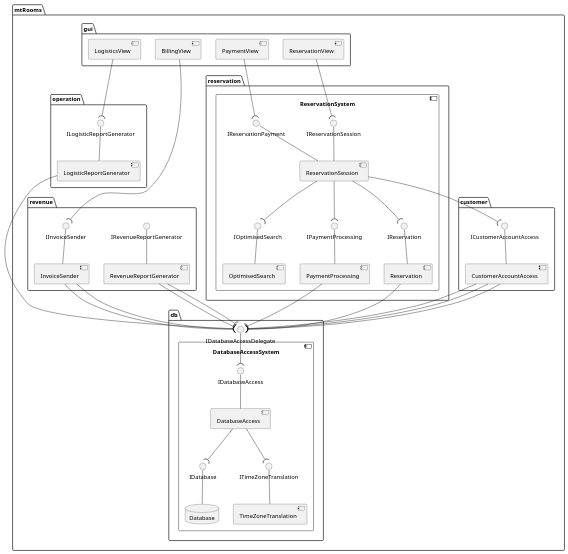
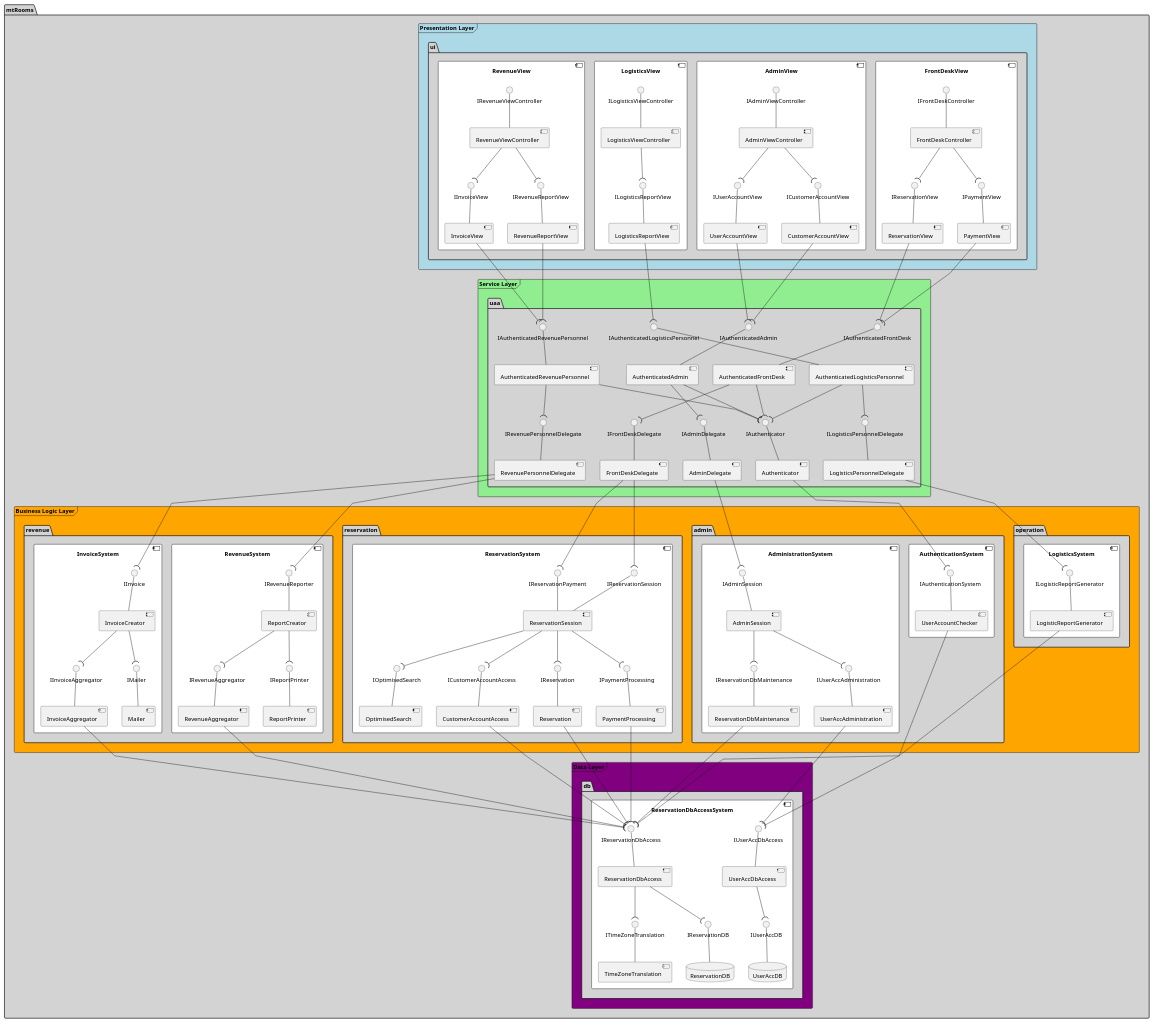
One commit to BBKbeam/mtRooms changed the diagram in docs/uml/architecture.puml. Above: the diagram before and after it, drawn with PlantUML.

Commit message:
[UML] Architecture diag. modified for reuse and de-coupling, granularity increased and layers (n-tiered) made more obvious

```diff
--- a/docs/uml/architecture.puml
+++ b/docs/uml/architecture.puml
@@ -1,107 +1,196 @@
 @startuml
 
 'skinparam linetype ortho
-'skinparam linetype polyline
+skinparam linetype polyline
+
+skinparam package {
+    backgroundColor lightgrey
+}
 
 package mtRooms {
-    package "gui" {
-        [BillingView]
-        [LogisticsView]
-        [ReservationView]
-        [PaymentView]
-    }
+    frame "Presentation Layer" #lightblue {
+        package "ui" {
+            component FrontDeskView #white {
+                IFrontDeskController -- [FrontDeskController]
+                IReservationView -- [ReservationView]
+                IPaymentView -- [PaymentView]
 
-    package "reservation" {
-        component ReservationSystem {
-            interface IReservationSession
-            interface IReservationPayment
-            [ReservationSession]
-            interface IOptimisedSearch
-            [OptimisedSearch]
-            interface IPaymentProcessing
-            [PaymentProcessing]
-            interface IReservation
-            [Reservation]
+                FrontDeskController --( IReservationView
+                FrontDeskController --( IPaymentView
+            }
 
-            IReservationSession -- ReservationSession
-            IReservationPayment -- ReservationSession
-            IOptimisedSearch -- OptimisedSearch
+            component AdminView #white {
+                IAdminViewController -- [AdminViewController]
+                IUserAccountView -- [UserAccountView]
+                ICustomerAccountView -- [CustomerAccountView]
 
-            ReservationSession --( IOptimisedSearch
+                AdminViewController --( IUserAccountView
+                AdminViewController --( ICustomerAccountView
+            }
 
-            IReservation -- Reservation
-            IPaymentProcessing -- PaymentProcessing
+            component LogisticsView #white {
+                ILogisticsViewController -- [LogisticsViewController]
+                ILogisticsReportView -- [LogisticsReportView]
+
+                LogisticsViewController --( ILogisticsReportView
+            }
+
+            component RevenueView #white {
+                IRevenueViewController -- [RevenueViewController]
+                IInvoiceView -- [InvoiceView]
+                IRevenueReportView -- [RevenueReportView]
+
+                RevenueViewController --( IInvoiceView
+                RevenueViewController --( IRevenueReportView
+            }
         }
     }
 
-    package "customer" {
-        interface ICustomerAccountAccess
-        [CustomerAccountAccess]
+    frame "Service Layer" #lightgreen {
+        package "uaa" {
+            IAuthenticator -- [Authenticator]
+            IFrontDeskDelegate -- [FrontDeskDelegate]
+            IAuthenticatedFrontDesk -- [AuthenticatedFrontDesk]
+            IAdminDelegate -- [AdminDelegate]
+            IAuthenticatedAdmin -- [AuthenticatedAdmin]
+            IRevenuePersonnelDelegate -- [RevenuePersonnelDelegate]
+            IAuthenticatedRevenuePersonnel -- [AuthenticatedRevenuePersonnel]
+            ILogisticsPersonnelDelegate -- [LogisticsPersonnelDelegate]
+            IAuthenticatedLogisticsPersonnel -- [AuthenticatedLogisticsPersonnel]
 
-        ICustomerAccountAccess -- CustomerAccountAccess
+            AuthenticatedFrontDesk --( IAuthenticator
+            AuthenticatedFrontDesk --( IFrontDeskDelegate
+            AuthenticatedAdmin --( IAuthenticator
+            AuthenticatedAdmin --( IAdminDelegate
+            AuthenticatedLogisticsPersonnel --( IAuthenticator
+            AuthenticatedLogisticsPersonnel --( ILogisticsPersonnelDelegate
+            AuthenticatedRevenuePersonnel --( IAuthenticator
+            AuthenticatedRevenuePersonnel --( IRevenuePersonnelDelegate
+        }
     }
 
-    package "revenue" {
-        [RevenueReportGenerator]
-        interface IRevenueReportGenerator
-        [InvoiceSender]
-        interface IInvoiceSender
+    frame "Business Logic Layer" #orange {
+        package "reservation" {
+            component ReservationSystem #white {
+                IReservationSession -- [ReservationSession]
+                IReservationPayment -- [ReservationSession]
+                IOptimisedSearch -- [OptimisedSearch]
+                IReservation -- [Reservation]
+                IPaymentProcessing -- [PaymentProcessing]
+                ICustomerAccountAccess -- [CustomerAccountAccess]
 
-        IRevenueReportGenerator -- RevenueReportGenerator
-        IInvoiceSender -- InvoiceSender
+                ReservationSession --( IOptimisedSearch
+                ReservationSession --( IPaymentProcessing
+                ReservationSession --( IReservation
+                ReservationSession --( ICustomerAccountAccess
+            }
+        }
+
+        package "revenue" {
+            component RevenueSystem #white {
+                IRevenueReporter -- [ReportCreator]
+                IRevenueAggregator -- [RevenueAggregator]
+                IReportPrinter -- [ReportPrinter]
+
+                ReportCreator --( IRevenueAggregator
+                ReportCreator --( IReportPrinter
+            }
+
+            component InvoiceSystem #white {
+                IInvoiceAggregator -- [InvoiceAggregator]
+                IMailer -- [Mailer]
+                IInvoice -- [InvoiceCreator]
+
+                InvoiceCreator --( IInvoiceAggregator
+                InvoiceCreator --( IMailer
+            }
+        }
+
+        package "operation" {
+            component LogisticsSystem #white {
+                ILogisticReportGenerator -- [LogisticReportGenerator]
+            }
+        }
+
+        package "admin" {
+            component AdministrationSystem #white {
+                IAdminSession -- [AdminSession]
+                IUserAccAdministration -- [UserAccAdministration]
+                IReservationDbMaintenance -- [ReservationDbMaintenance]
+
+                AdminSession --( IUserAccAdministration
+                AdminSession --( IReservationDbMaintenance
+            }
+
+            component AuthenticationSystem #white {
+                IAuthenticationSystem -- [UserAccountChecker]
+            }
+        }
     }
 
-    package "operation" {
-        [LogisticReportGenerator]
-        interface ILogisticReportGenerator
+    frame "Data Layer" #purple {
+        package "db" {
+            component ReservationDbAccessSystem #white {
+                database ReservationDB
+                database UserAccDB
 
-        ILogisticReportGenerator -- LogisticReportGenerator
+                IUserAccDB -- UserAccDB
+                IReservationDB -- [ReservationDB]
+                ITimeZoneTranslation -- [TimeZoneTranslation]
+                IReservationDbAccess -- [ReservationDbAccess]
+                IUserAccDbAccess -- [UserAccDbAccess]
+
+                ReservationDbAccess --( ITimeZoneTranslation
+                ReservationDbAccess --( IReservationDB
+                UserAccDbAccess --( IUserAccDB
+            }
+        }
     }
 
-    package "db" {
-        interface IDatabaseAccessDelegate
+    '##-------------------------------##
+    '## Presentation to Service Layer ##
+    '##-------------------------------##
+    ReservationView --( IAuthenticatedFrontDesk
+    PaymentView --( IAuthenticatedFrontDesk
 
-        component DatabaseAccessSystem {
-            interface IDatabase
-            database Database
-            [DatabaseAccess]
-            interface ITimeZoneTranslation
-            [TimeZoneTranslation]
-            ITimeZoneTranslation -- TimeZoneTranslation
+    UserAccountView --( IAuthenticatedAdmin
+    CustomerAccountView --( IAuthenticatedAdmin
 
-            DatabaseAccess --( ITimeZoneTranslation
-            IDatabase -- Database
-            IDatabaseAccess -- DatabaseAccess
-            DatabaseAccess --( IDatabase
-        }
+    LogisticsReportView --( IAuthenticatedLogisticsPersonnel
 
-        IDatabaseAccessDelegate --( IDatabaseAccess
-    }
+    InvoiceView --( IAuthenticatedRevenuePersonnel
+    RevenueReportView --( IAuthenticatedRevenuePersonnel
 
+    '##---------------------------------##
+    '## Service to Business Logic Layer ##
+    '##---------------------------------##
+    AdminDelegate --( IAdminSession
 
+    Authenticator --( IAuthenticationSystem
 
-    IInvoiceSender )-up- BillingView
-    ILogisticReportGenerator )-up- LogisticsView
-    ReservationView --( IReservationSession
-    PaymentView --( IReservationPayment
+    FrontDeskDelegate --( IReservationSession
+    FrontDeskDelegate --( IReservationPayment
 
-    ReservationSession --( IPaymentProcessing
-    ReservationSession --( IReservation
-    ReservationSession --( ICustomerAccountAccess
-    'OptimisedSearch -right-( IReservation
+    RevenuePersonnelDelegate --( IRevenueReporter
+    RevenuePersonnelDelegate --( IInvoice
 
-    Reservation --( IDatabaseAccessDelegate
+    LogisticsPersonnelDelegate --( ILogisticReportGenerator
 
-    CustomerAccountAccess --( IDatabaseAccessDelegate
-    CustomerAccountAccess --( IDatabaseAccessDelegate
-    CustomerAccountAccess --( IDatabaseAccessDelegate
+    '##------------------------------##
+    '## Business Logic to Data Layer ##
+    '##------------------------------##
+    UserAccountChecker --( IUserAccDbAccess
 
-    PaymentProcessing --( IDatabaseAccessDelegate
-    LogisticReportGenerator --( IDatabaseAccessDelegate
-    InvoiceSender --( IDatabaseAccessDelegate
-    InvoiceSender --( IDatabaseAccessDelegate
-    RevenueReportGenerator --( IDatabaseAccessDelegate
-    RevenueReportGenerator --( IDatabaseAccessDelegate
+    UserAccAdministration --( IUserAccDbAccess
+    ReservationDbMaintenance --( IReservationDbAccess
+
+    CustomerAccountAccess --( IReservationDbAccess
+    Reservation --( IReservationDbAccess
+
+    PaymentProcessing --( IReservationDbAccess
+    LogisticReportGenerator --( IReservationDbAccess
+    InvoiceAggregator --( IReservationDbAccess
+    RevenueAggregator --( IReservationDbAccess
 }
 
 @enduml
```
